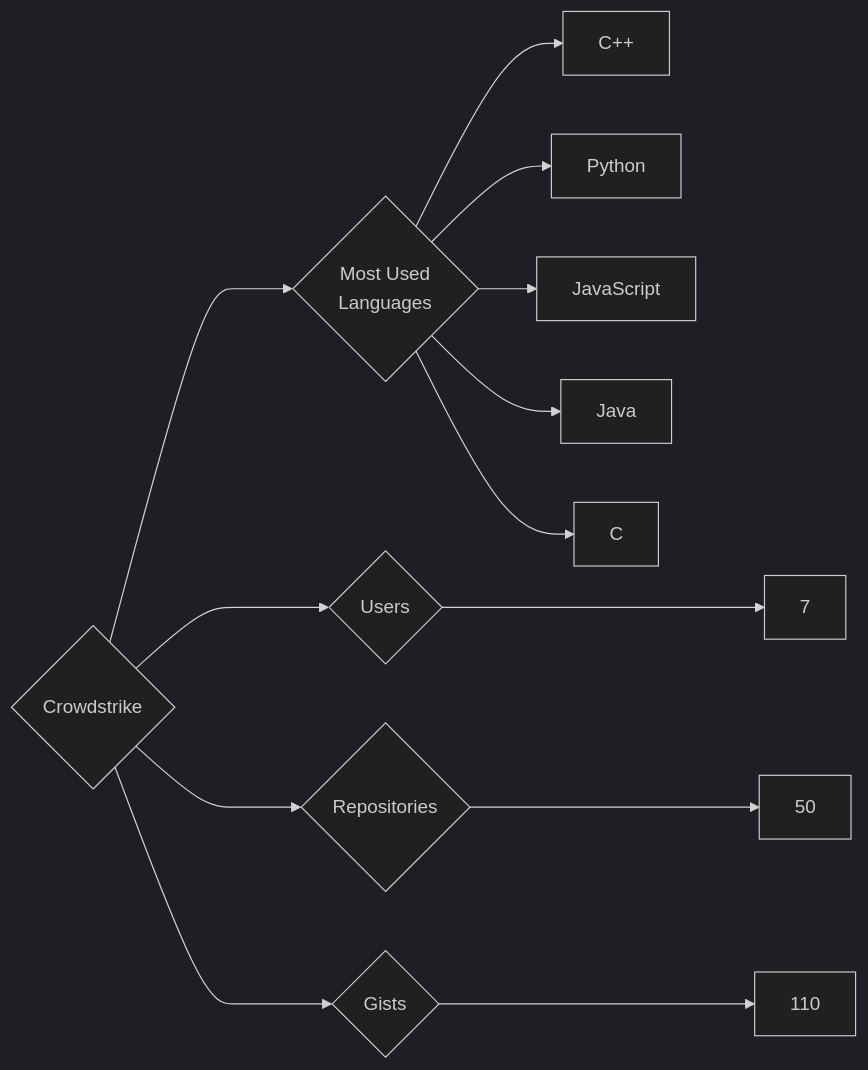
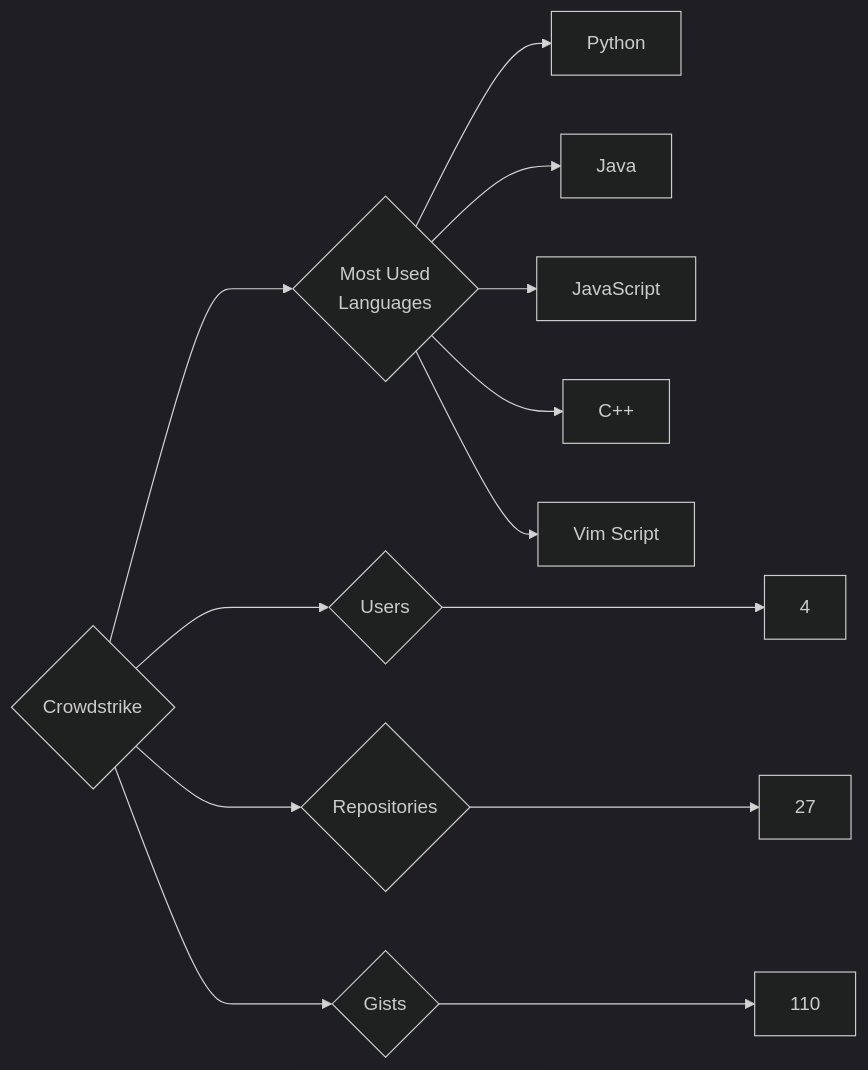
The diagram in targets/Crowdstrike/README.md (trickest/insiders), drawn with Mermaid (dark theme) before and after one commit. The commit also changed 1007 other files, not shown here.

````diff
--- a/targets/Crowdstrike/README.md
+++ b/targets/Crowdstrike/README.md
@@ -3,13 +3,13 @@
 ```mermaid
 graph LR
 COMPANY_NAME{Crowdstrike}
-COMPANY_NAME ---> U{Users} ---> UN[7]
-COMPANY_NAME ---> R{Repositories} ---> RN[50]
+COMPANY_NAME ---> U{Users} ---> UN[4]
+COMPANY_NAME ---> R{Repositories} ---> RN[27]
 COMPANY_NAME ---> G{Gists} ---> GN[110]
 COMPANY_NAME ---> ML{Most Used<br>Languages}
+ML --> Python[Python]
+ML --> Java[Java]
+ML --> JavaScript[JavaScript]
 ML --> C++[C++]
-ML --> Python[Python]
-ML --> JavaScript[JavaScript]
-ML --> Java[Java]
-ML --> C[C]
+ML --> Vim_Script[Vim Script]
 ```
````
